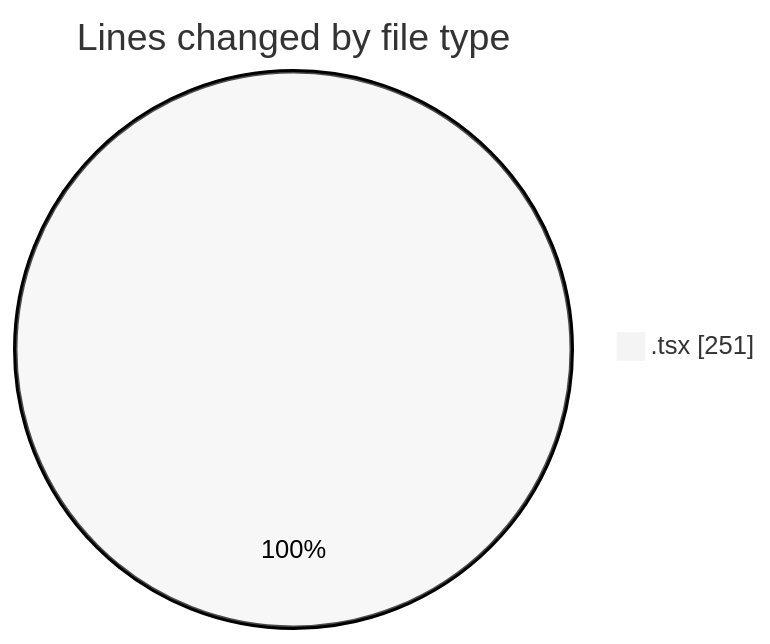
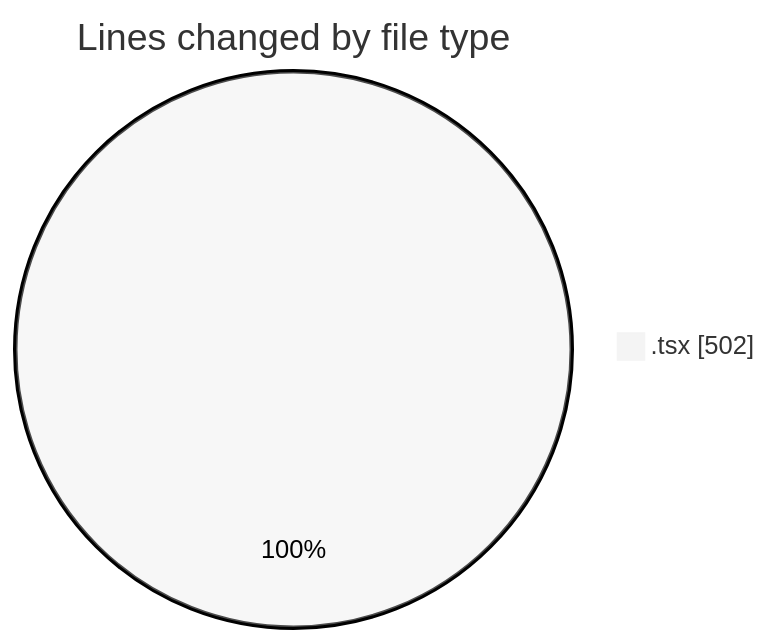
The first of 2 diagrams in 2025-12-15/cda/README.md (momahboobian/code-tracking), drawn with Mermaid (neutral theme) before and after one commit. The commit also changed other lines of this file and 1 other file, not shown here.

````diff
--- a/2025-12-15/cda/README.md
+++ b/2025-12-15/cda/README.md
@@ -20,5 +20,5 @@
 ```mermaid
 pie showData
 title Lines changed by file type
-".tsx" : 251
+".tsx" : 502
 ```
````
